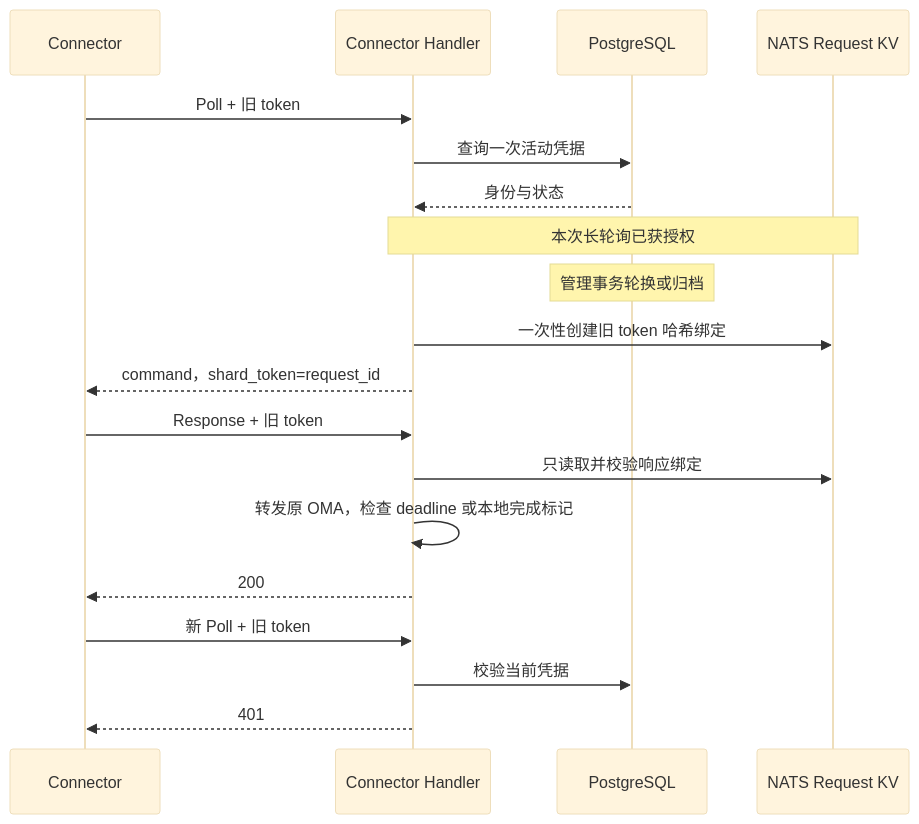
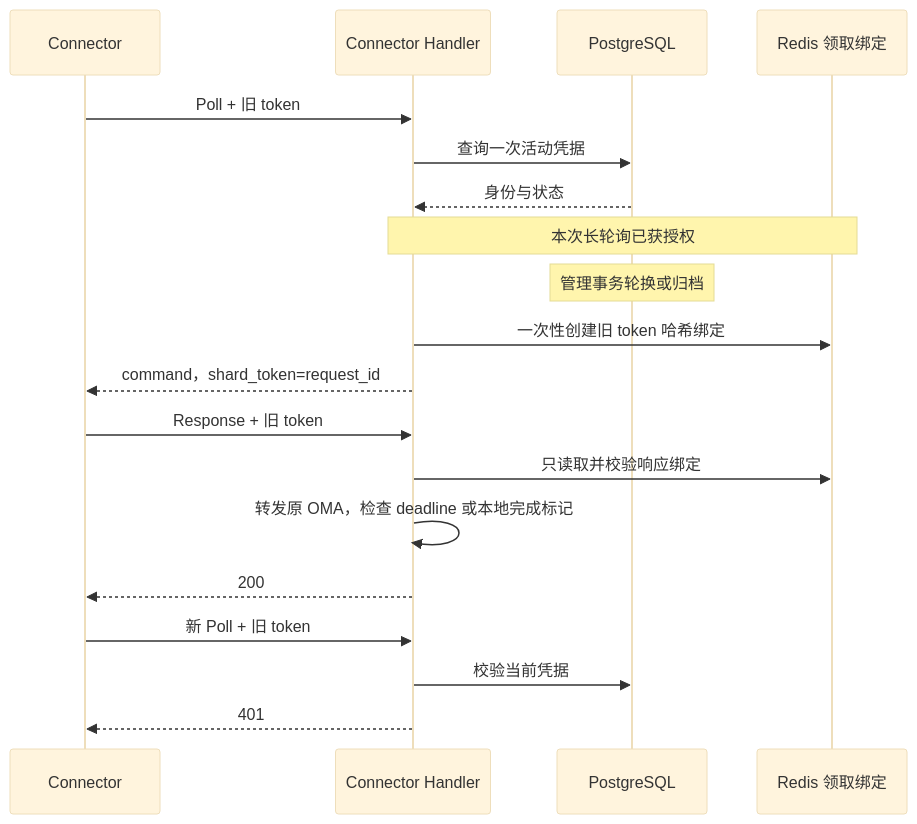
Before and after one commit to superduck-ai/open-managed-agents: the fifth of 5 diagrams in docs/design/be/mcp-tunnels.md, drawn with Mermaid (base theme). The commit also changed other lines of this file and 33 other files, not shown here.

Commit message:
[modify] move tunnel request bindings to Redis and remove request count limits

````diff
--- a/docs/design/be/mcp-tunnels.md
+++ b/docs/design/be/mcp-tunnels.md
@@ -306,21 +311,21 @@
 ```mermaid
 sequenceDiagram
     participant C as Connector
     participant H as Connector Handler
     participant DB as PostgreSQL
-    participant N as NATS Request KV
+    participant N as Redis 领取绑定
     C->>H: Poll + 旧 token
     H->>DB: 查询一次活动凭据
     DB-->>H: 身份与状态
     Note over H,N: 本次长轮询已获授权
     Note over DB: 管理事务轮换或归档
     H->>N: 一次性创建旧 token 哈希绑定
     H-->>C: command，shard_token=request_id
     C->>H: Response + 旧 token
     H->>N: 只读取并校验响应绑定
     H->>H: 转发原 OMA，检查 deadline 或本地完成标记
     H-->>C: 200
     C->>H: 新 Poll + 旧 token
     H->>DB: 校验当前凭据
     H-->>C: 401
 ```
````
